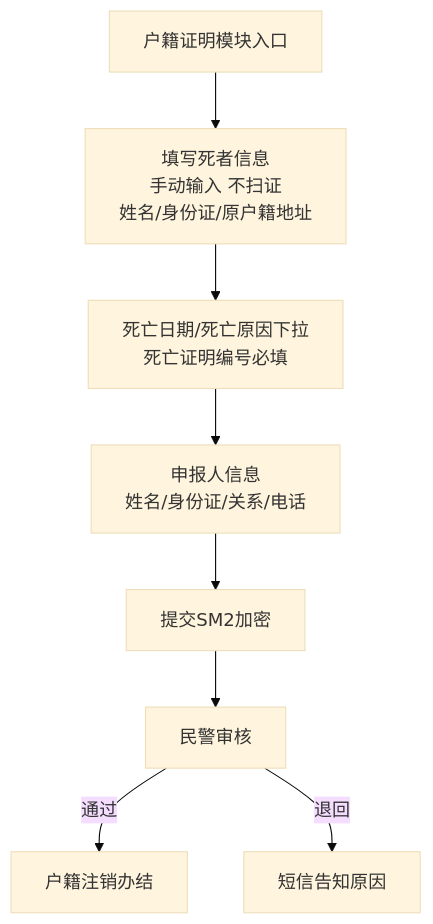
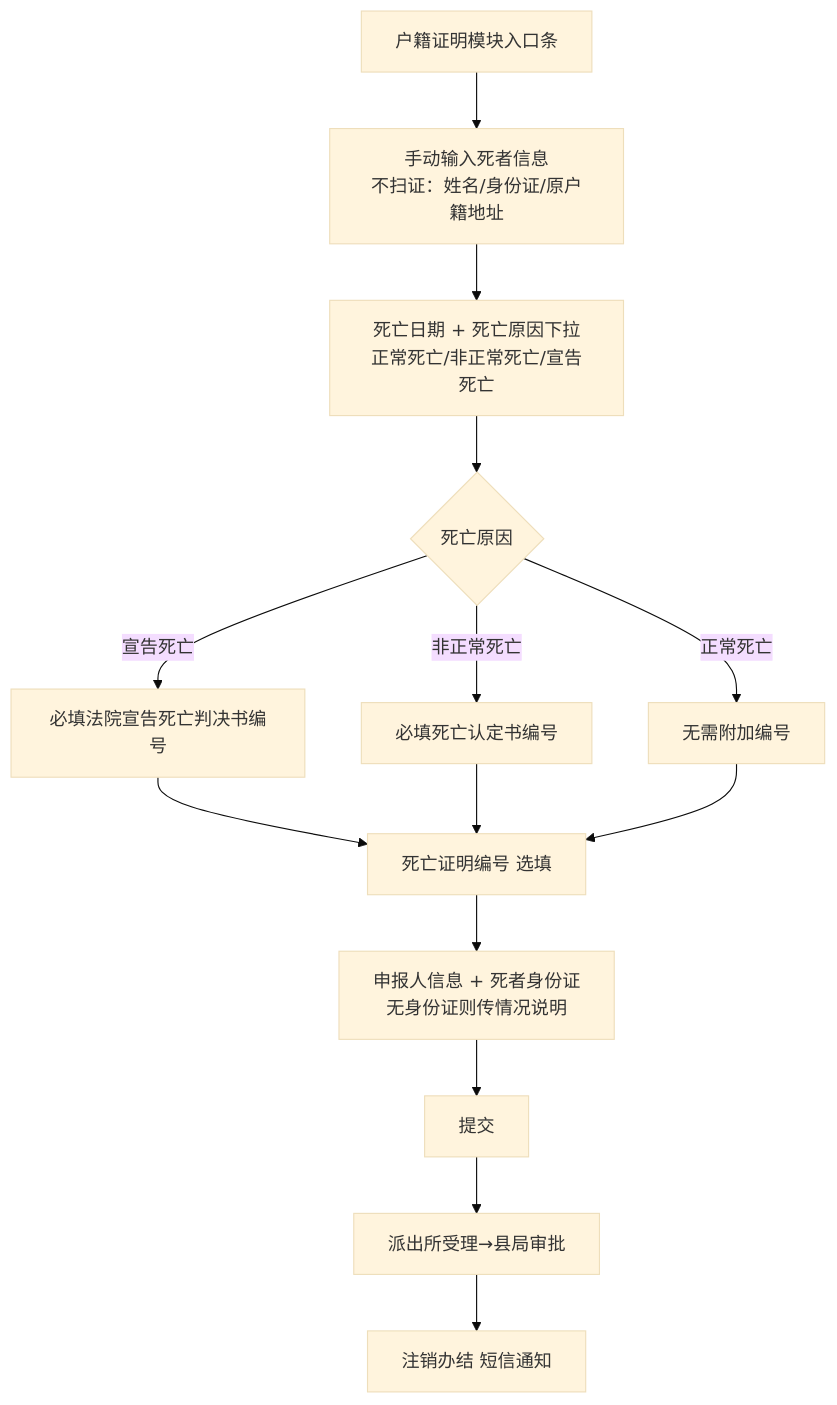
One commit to ikid-zhang/linzhi-miniprogram-prototype changed the fourth of 9 diagrams in 户政业务功能说明.md. Above: the diagram before and after it, drawn with Mermaid (base theme). The commit also changed other lines of this file and 1 other file, not shown here.

````diff
--- a/户政业务功能说明.md
+++ b/户政业务功能说明.md
@@ -290,9 +357,15 @@
 ```mermaid
 flowchart TD
-    A[户籍证明模块入口] --> B[填写死者信息<br/>手动输入 不扫证<br/>姓名/身份证/原户籍地址]
-    B --> C[死亡日期/死亡原因下拉<br/>死亡证明编号必填]
-    C --> D[申报人信息<br/>姓名/身份证/关系/电话]
-    D --> E[提交SM2加密] --> F[民警审核]
-    F -->|通过| G[户籍注销办结]
-    F -->|退回| R[短信告知原因]
+    A[户籍证明模块入口条] --> B[手动输入死者信息<br/>不扫证：姓名/身份证/原户籍地址]
+    B --> C[死亡日期 + 死亡原因下拉<br/>正常死亡/非正常死亡/宣告死亡]
+    C --> D{死亡原因}
+    D -->|宣告死亡| D1[必填法院宣告死亡判决书编号]
+    D -->|非正常死亡| D2[必填死亡认定书编号]
+    D -->|正常死亡| D3[无需附加编号]
+    D1 --> E[死亡证明编号 选填]
+    D2 --> E
+    D3 --> E
+    E --> F[申报人信息 + 死者身份证<br/>无身份证则传情况说明]
+    F --> G[提交] --> H[派出所受理→县局审批]
+    H --> I[注销办结 短信通知]
 ```
````
